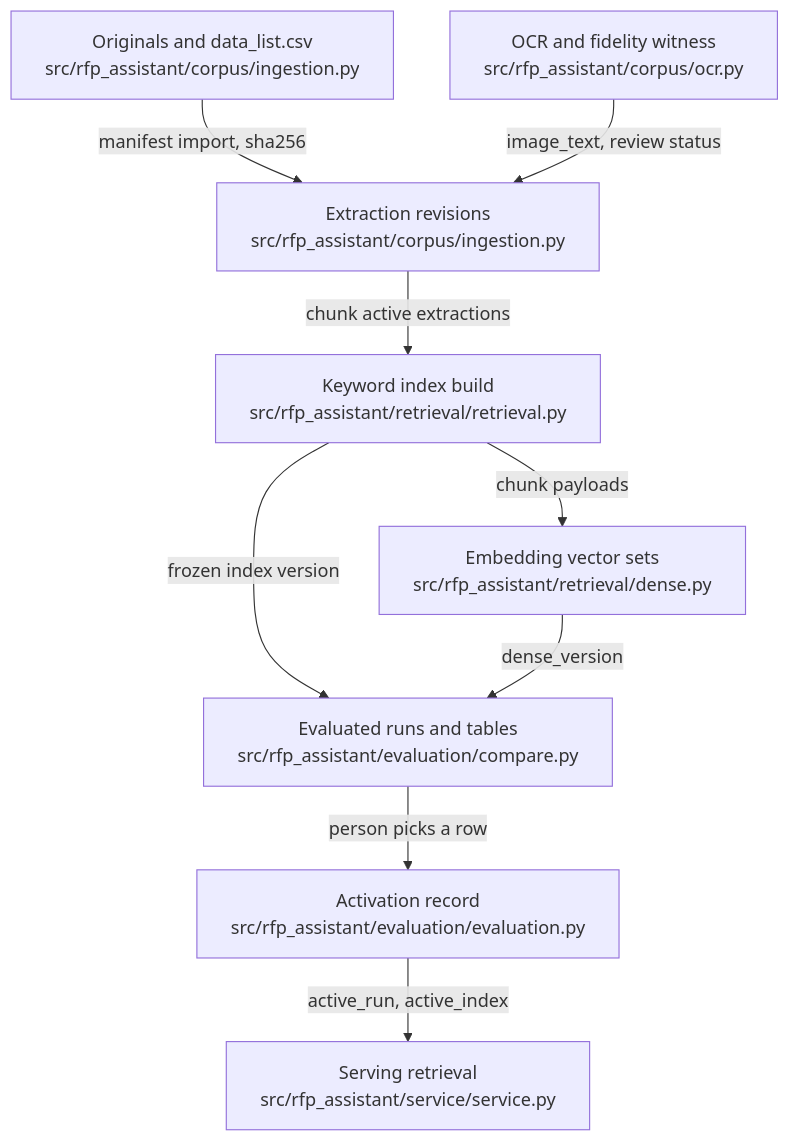
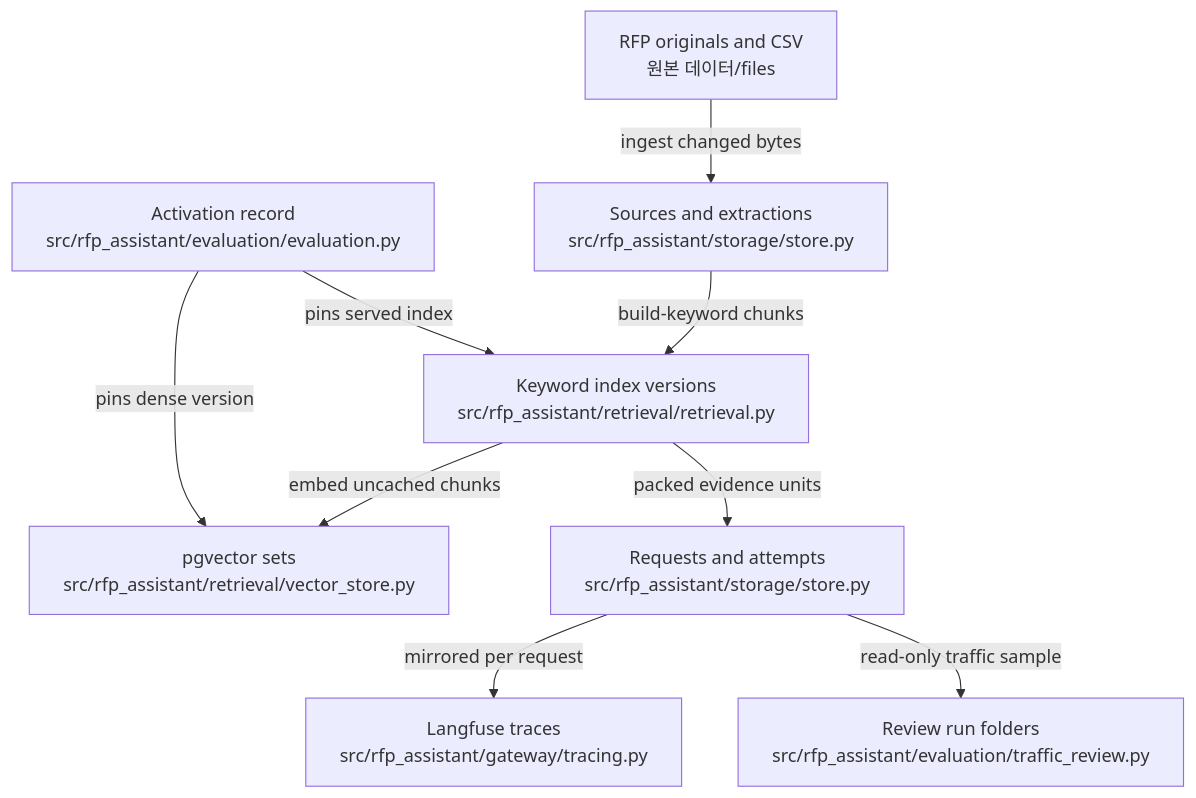
The diagram in .omm/data-flow/diagram.mmd (littleeeeebit/project-codeit-mid), drawn with Mermaid before and after one commit. The commit also changed 364 other files, not shown here.

```diff
--- a/.omm/data-flow/diagram.mmd
+++ b/.omm/data-flow/diagram.mmd
@@ -1,9 +1,17 @@
 graph TD
-  source-originals["Originals and data_list.csv\nsrc/rfp_assistant/corpus/ingestion.py"] -->|"manifest import, sha256"| extraction-revisions["Extraction revisions\nsrc/rfp_assistant/corpus/ingestion.py"]
-  fidelity-ocr["OCR and fidelity witness\nsrc/rfp_assistant/corpus/ocr.py"] -->|"image_text, review status"| extraction-revisions
-  extraction-revisions -->|"chunk active extractions"| keyword-index-build["Keyword index build\nsrc/rfp_assistant/retrieval/retrieval.py"]
-  keyword-index-build -->|"chunk payloads"| vector-sets["Embedding vector sets\nsrc/rfp_assistant/retrieval/dense.py"]
-  keyword-index-build -->|"frozen index version"| evaluation-runs["Evaluated runs and tables\nsrc/rfp_assistant/evaluation/compare.py"]
-  vector-sets -->|"dense_version"| evaluation-runs
-  evaluation-runs -->|"person picks a row"| activation-record["Activation record\nsrc/rfp_assistant/evaluation/evaluation.py"]
-  activation-record -->|"active_run, active_index"| serving-retrieval["Serving retrieval\nsrc/rfp_assistant/service/service.py"]
+  source-originals["RFP originals and CSV\n원본 데이터/files"]
+  extraction-records["Sources and extractions\nsrc/rfp_assistant/storage/store.py"]
+  keyword-index["Keyword index versions\nsrc/rfp_assistant/retrieval/retrieval.py"]
+  vector-sets["pgvector sets\nsrc/rfp_assistant/retrieval/vector_store.py"]
+  activation-record["Activation record\nsrc/rfp_assistant/evaluation/evaluation.py"]
+  request-records["Requests and attempts\nsrc/rfp_assistant/storage/store.py"]
+  langfuse-traces["Langfuse traces\nsrc/rfp_assistant/gateway/tracing.py"]
+  review-runs["Review run folders\nsrc/rfp_assistant/evaluation/traffic_review.py"]
+  source-originals -->|ingest changed bytes| extraction-records
+  extraction-records -->|build-keyword chunks| keyword-index
+  keyword-index -->|embed uncached chunks| vector-sets
+  activation-record -->|pins served index| keyword-index
+  activation-record -->|pins dense version| vector-sets
+  keyword-index -->|packed evidence units| request-records
+  request-records -->|mirrored per request| langfuse-traces
+  request-records -->|read-only traffic sample| review-runs
```
